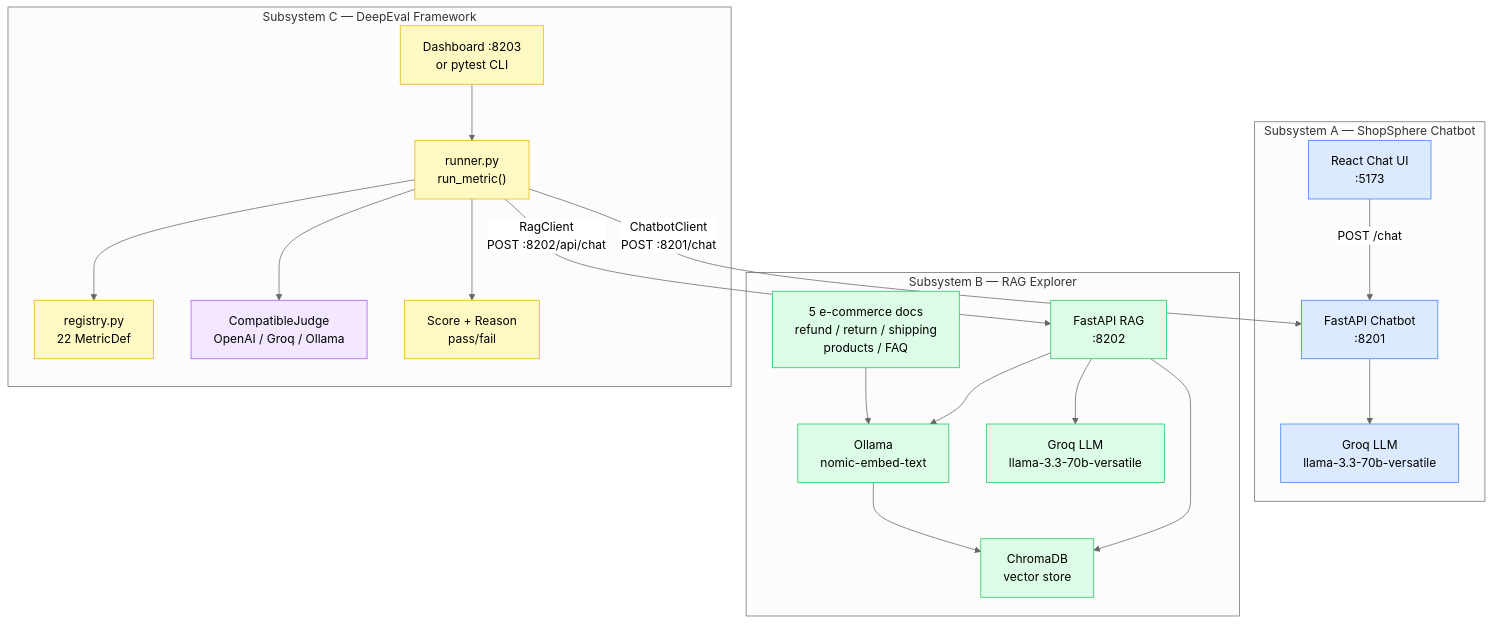
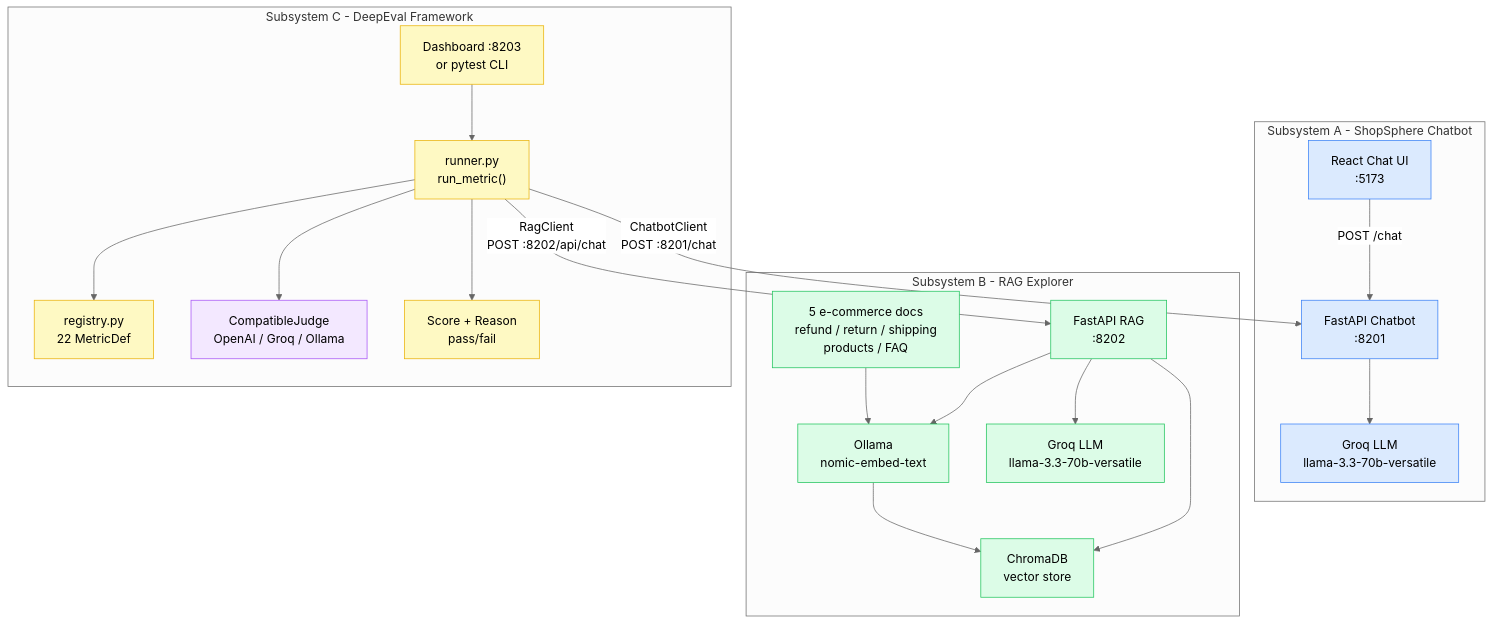
Before and after one commit to nitingawali148/DeepEvAL-Framework: the first of 10 diagrams in project_flow.md, drawn with Mermaid (neutral theme). The commit also changed other lines of this file and 3 other files, not shown here.

First line of the commit message:
Fix Mermaid subgraph rendering: replace em dashes with hyphens

````diff
--- a/project_flow.md
+++ b/project_flow.md
@@ -9,51 +9,51 @@
 ```mermaid
 graph TD
-    subgraph "Subsystem A — ShopSphere Chatbot"
+    subgraph "Subsystem A - ShopSphere Chatbot"
         UI["React Chat UI\n:5173"]
         CB["FastAPI Chatbot\n:8201"]
         GROQ_A["Groq LLM\nllama-3.3-70b-versatile"]
         UI -->|POST /chat| CB
         CB --> GROQ_A
     end
 
-    subgraph "Subsystem B — RAG Explorer"
+    subgraph "Subsystem B - RAG Explorer"
         RAG_APP["FastAPI RAG\n:8202"]
         OLLAMA["Ollama\nnomic-embed-text"]
         CHROMA["ChromaDB\nvector store"]
         GROQ_B["Groq LLM\nllama-3.3-70b-versatile"]
         CORPUS["5 e-commerce docs\nrefund / return / shipping\nproducts / FAQ"]
         CORPUS --> OLLAMA --> CHROMA
         RAG_APP --> OLLAMA
         RAG_APP --> CHROMA
         RAG_APP --> GROQ_B
     end
 
-    subgraph "Subsystem C — DeepEval Framework"
+    subgraph "Subsystem C - DeepEval Framework"
         DASH["Dashboard :8203\nor pytest CLI"]
         RUNNER["runner.py\nrun_metric()"]
         REG["registry.py\n22 MetricDef"]
         JUDGE["CompatibleJudge\nOpenAI / Groq / Ollama"]
         RESULT["Score + Reason\npass/fail"]
         DASH --> RUNNER
         RUNNER --> REG
         RUNNER --> JUDGE
         RUNNER --> RESULT
     end
 
     RUNNER -->|"ChatbotClient\nPOST :8201/chat"| CB
     RUNNER -->|"RagClient\nPOST :8202/api/chat"| RAG_APP
 
     style UI fill:#dbeafe,stroke:#3b82f6
     style CB fill:#dbeafe,stroke:#3b82f6
     style GROQ_A fill:#dbeafe,stroke:#3b82f6
     style RAG_APP fill:#dcfce7,stroke:#22c55e
     style OLLAMA fill:#dcfce7,stroke:#22c55e
     style CHROMA fill:#dcfce7,stroke:#22c55e
     style GROQ_B fill:#dcfce7,stroke:#22c55e
     style CORPUS fill:#dcfce7,stroke:#22c55e
     style DASH fill:#fef9c3,stroke:#eab308
     style RUNNER fill:#fef9c3,stroke:#eab308
     style REG fill:#fef9c3,stroke:#eab308
     style JUDGE fill:#f3e8ff,stroke:#a855f7
     style RESULT fill:#fef9c3,stroke:#eab308
 ```
````
